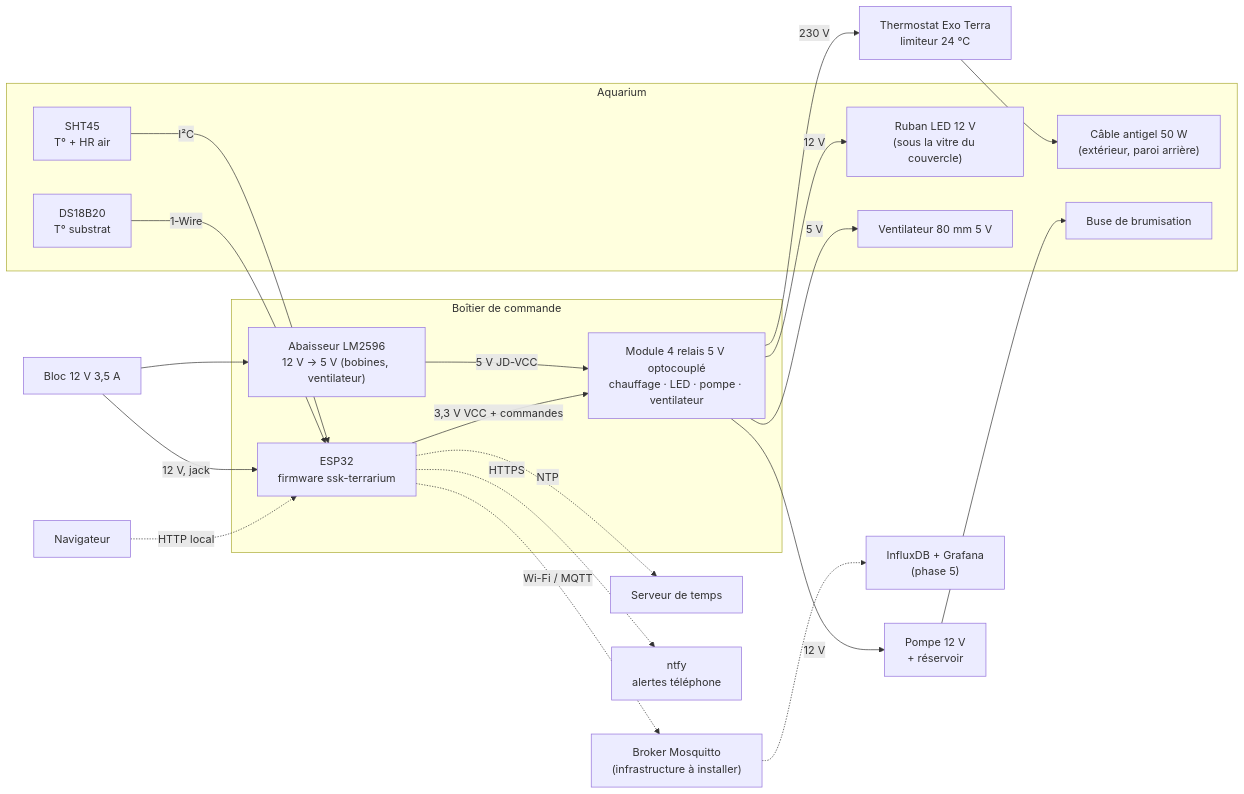
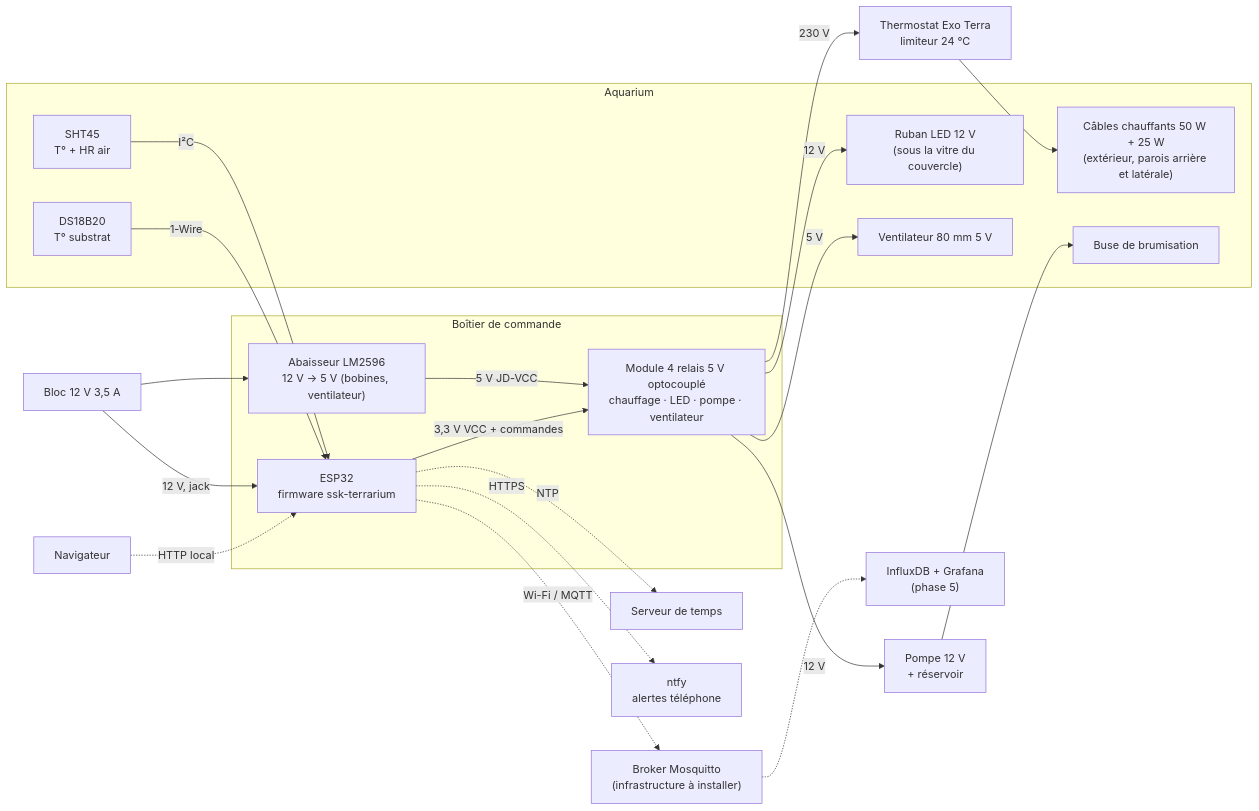
Before and after one commit to ssk-it/ssk-terrarium-cadrage: the diagram in cadrages/2026-001/cadrage.md, drawn with Mermaid. The commit also changed other lines of this file, not shown here.

````diff
--- a/cadrages/2026-001/cadrage.md
+++ b/cadrages/2026-001/cadrage.md
@@ -95,38 +95,38 @@
 ```mermaid
 flowchart LR
     subgraph Bac["Aquarium"]
         SHT["SHT45<br/>T° + HR air"]
         DS["DS18B20<br/>T° substrat"]
-        CAB["Câble antigel 50 W<br/>(extérieur, paroi arrière)"]
+        CAB["Câbles chauffants 50 W + 25 W<br/>(extérieur, parois arrière et latérale)"]
         LED["Ruban LED 12 V<br/>(sous la vitre du couvercle)"]
         BUSE["Buse de brumisation"]
         VENT["Ventilateur 80 mm 5 V"]
     end
 
     subgraph Boitier["Boîtier de commande"]
         ESP["ESP32<br/>firmware ssk-terrarium"]
         REL["Module 4 relais 5 V optocouplé<br/>chauffage · LED · pompe · ventilateur"]
         BUCK["Abaisseur LM2596<br/>12 V → 5 V (bobines, ventilateur)"]
     end
 
     ALIM["Bloc 12 V 3,5 A"]
 
     LIM["Thermostat Exo Terra<br/>limiteur 24 °C"]
     POMPE["Pompe 12 V<br/>+ réservoir"]
 
     SHT -- I²C --> ESP
     DS -- 1-Wire --> ESP
     ALIM -- 12 V, jack --> ESP
     ALIM --> BUCK -- 5 V JD-VCC --> REL
     ESP -- 3,3 V VCC + commandes --> REL
     REL -- 230 V --> LIM --> CAB
     REL -- 12 V --> LED
     REL -- 12 V --> POMPE --> BUSE
     REL -- 5 V --> VENT
 
     ESP -. Wi-Fi / MQTT .-> MQTT["Broker Mosquitto<br/>(infrastructure à installer)"]
     ESP -. NTP .-> NTP["Serveur de temps"]
     MQTT -.-> TSDB["InfluxDB + Grafana<br/>(phase 5)"]
     ESP -. HTTPS .-> NTFY["ntfy<br/>alertes téléphone"]
     USER["Navigateur"] -. HTTP local .-> ESP
 ```
````
